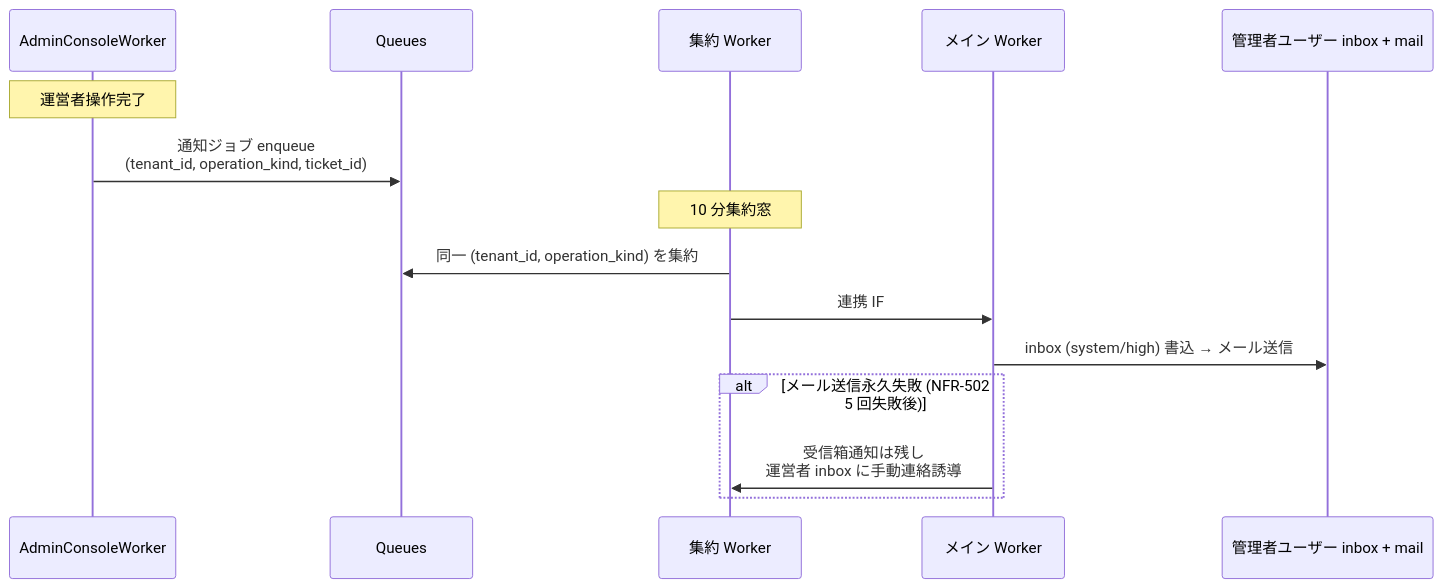
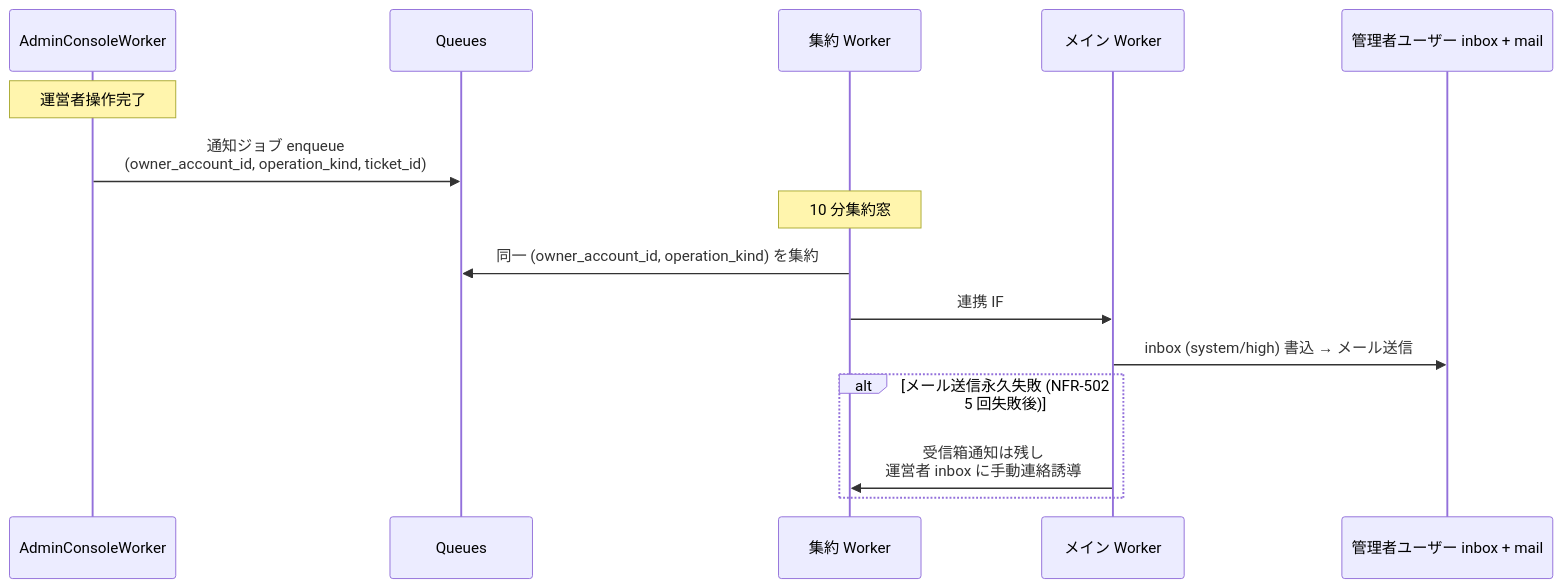
One commit to sikakou54/open-faq changed diagram 24 of 25 in 02_admin/02_basic_design.md. Above: the diagram before and after it, drawn with Mermaid. The commit also changed other lines of this file and 22 other files, not shown here.

````diff
--- a/02_admin/02_basic_design.md
+++ b/02_admin/02_basic_design.md
@@ -1628,18 +1628,18 @@
 ```mermaid
 sequenceDiagram
     participant Admin as AdminConsoleWorker
     participant Queue as Queues
     participant Aggregator as 集約 Worker
     participant Main as メイン Worker
     participant TenantAdmin as 管理者ユーザー inbox + mail
 
     Note over Admin: 運営者操作完了
-    Admin->>Queue: 通知ジョブ enqueue<br/>(tenant_id, operation_kind, ticket_id)
+    Admin->>Queue: 通知ジョブ enqueue<br/>(owner_account_id, operation_kind, ticket_id)
     Note over Aggregator: 10 分集約窓
-    Aggregator->>Queue: 同一 (tenant_id, operation_kind) を集約
+    Aggregator->>Queue: 同一 (owner_account_id, operation_kind) を集約
     Aggregator->>Main: 連携 IF #12 で通知発火
     Main->>TenantAdmin: inbox (system/high) 書込 → メール送信
     alt メール送信永久失敗 (NFR-502 5 回失敗後)
         Main->>Aggregator: 受信箱通知は残し<br/>運営者 inbox に手動連絡誘導
     end
 ```
````
